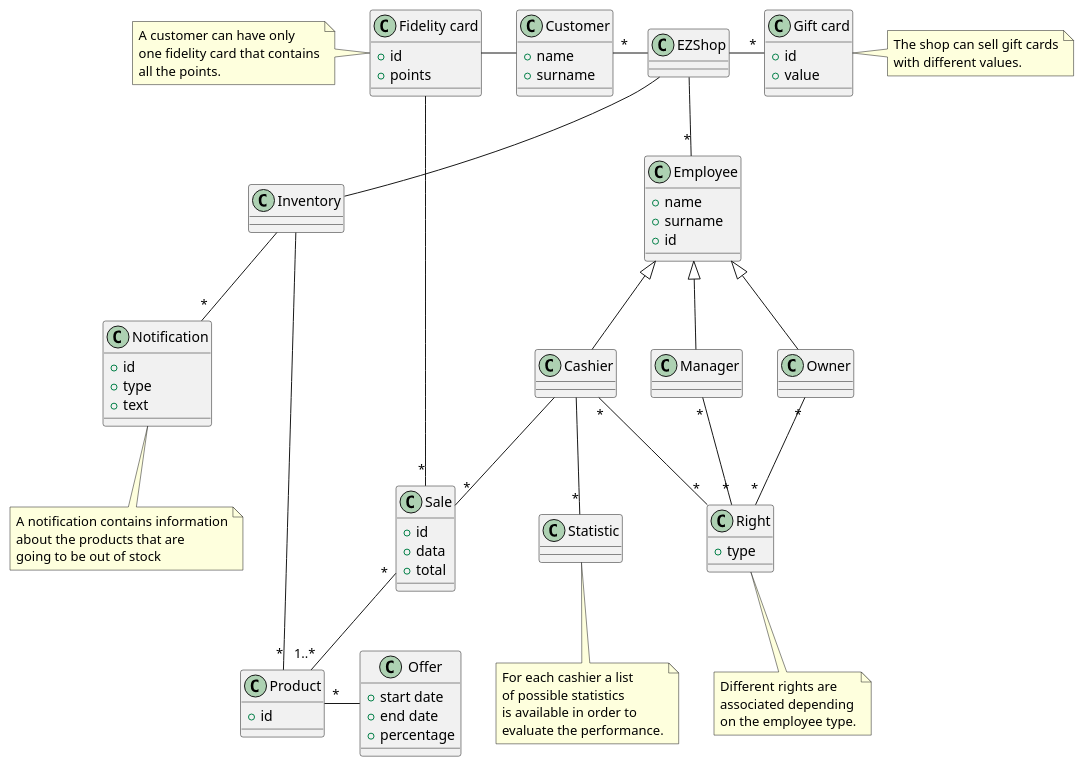
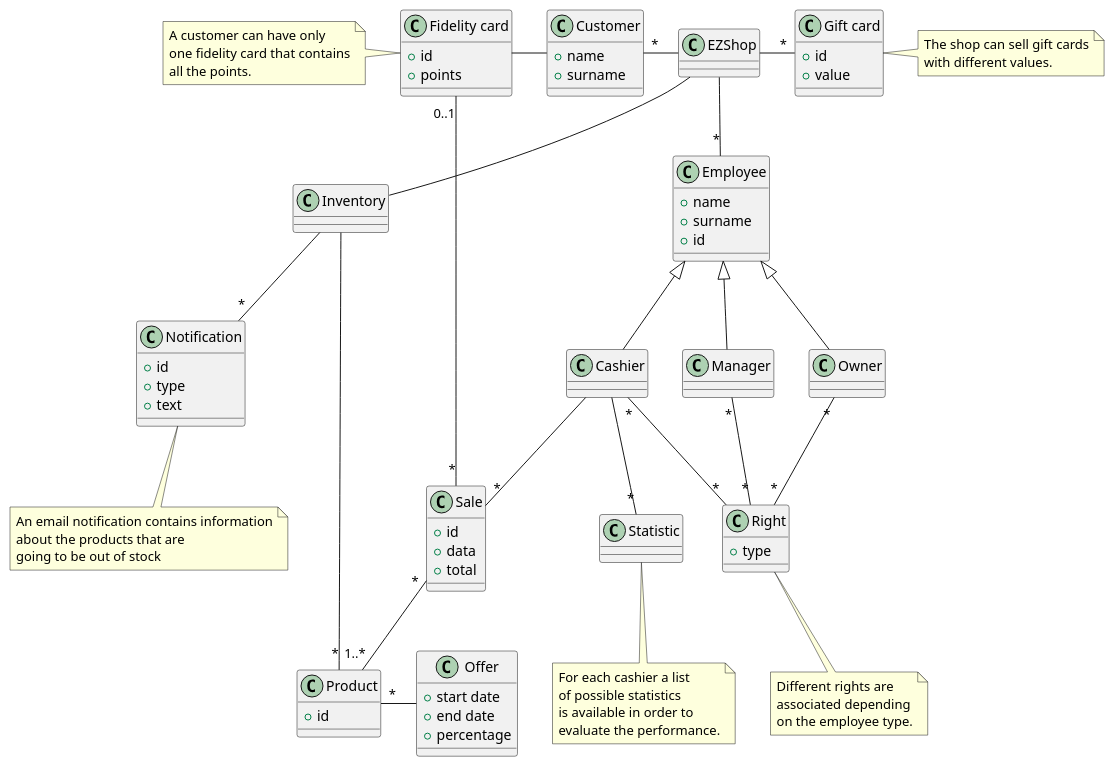
One commit to MatteoBattilana/EzShop changed the third of 5 diagrams in Deliverables/RequirementsDocument.md. Above: the diagram before and after it, drawn with PlantUML. The commit also changed other lines of this file, not shown here.

Commit message:
docs: fixed errors in glossary, simplified system design and added the concept of email notification

````diff
--- a/Deliverables/RequirementsDocument.md
+++ b/Deliverables/RequirementsDocument.md
@@ -411,74 +414,74 @@
 ```plantuml
 @startuml
 class Employee {
 	+ name
 	+ surname
 	+ id
 }
 class Right {
 	+ type
 }
 class Offer {
 	+ start date
 	+ end date
 	+ percentage
 }
 class "Product" {
 	+ id
 }
 class Notification {
 	+ id
 	+ type
 	+ text
 }
 class "Gift card" {
 	+ id
 	+ value
 }
 
 class Customer {
 	+ name
 	+ surname
 }
 
 class "Fidelity card" {
 	+ id
 	+ points
 }
 
 class Sale {
 	+ id
 	+ data
 	+ total
 }
 
 EZShop -- "*" Employee
 Cashier -up-|> Employee
 Manager -up-|> Employee
 Owner -up-|> Employee
 Cashier "*"-- "*" Right
 Manager "*"-- "*" Right
 Owner "*" -- "*" Right
 Cashier -down- "*" Statistic
 EZShop -right- "*" "Gift card"
 
 EZShop -- Inventory
 Inventory -- "*" Notification
 Inventory -right- "*" Product
 Product "*" -right- Offer
 
 EZShop -left- "*" Customer
 Customer -left- "Fidelity card"
 
 Cashier -- "*" Sale
 Sale "*" -- "1..*" Product
-"Fidelity card" -- "*" Sale
+"Fidelity card" "0..1" -- "*" Sale
 
 note left of "Fidelity card" : A customer can have only\none fidelity card that contains\nall the points.
 note right of "Gift card" : The shop can sell gift cards\nwith different values.
-note bottom of Notification : A notification contains information\nabout the products that are\ngoing to be out of stock
+note bottom of Notification : An email notification contains information\nabout the products that are\ngoing to be out of stock
 note bottom of Right : Different rights are\nassociated depending\non the employee type.
 note bottom of Statistic : For each cashier a list\nof possible statistics\nis available in order to\nevaluate the performance.
 
 @enduml
 ```
````
